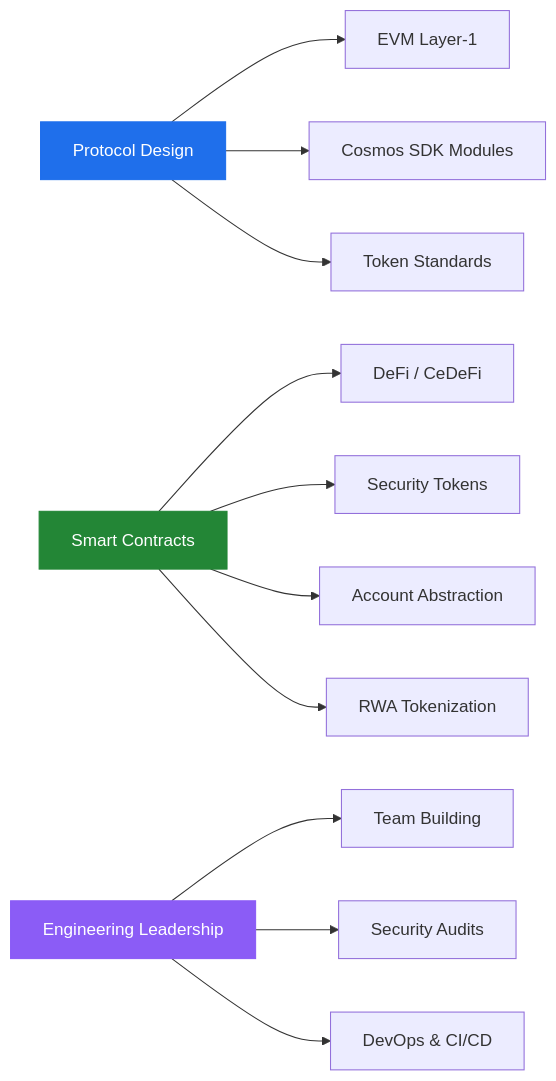
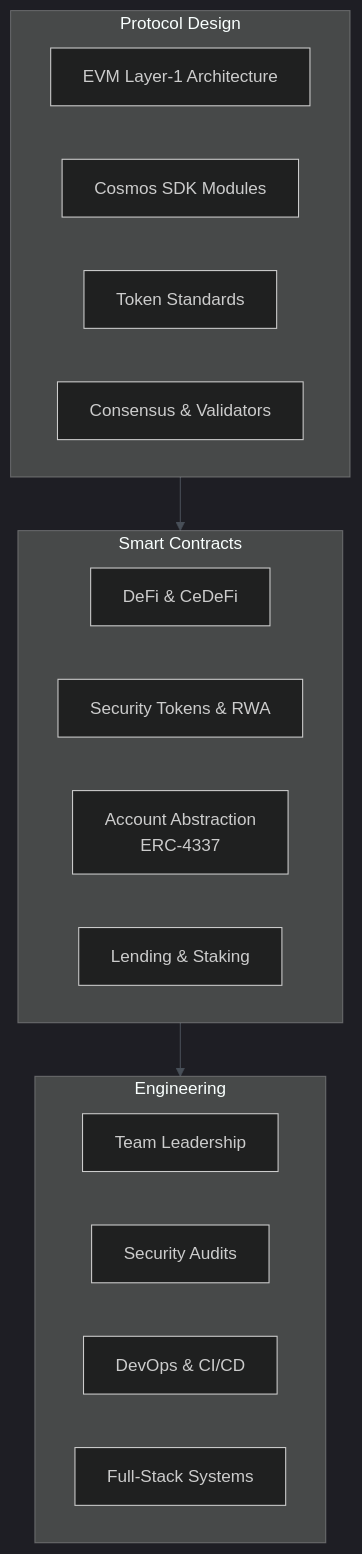
One commit to Aboudjem/aboudjem changed the diagram in README.md. Above: the diagram before and after it, drawn with Mermaid. The commit also changed other lines of this file and 3 other files, not shown here.

````diff
--- a/README.md
+++ b/README.md
@@ -105,19 +192,27 @@
 ```mermaid
-graph LR
-    A[Protocol Design] --> B[EVM Layer-1]
-    A --> C[Cosmos SDK Modules]
-    A --> D[Token Standards]
+%%{init: {'theme': 'dark', 'themeVariables': { 'primaryColor': '#1f6feb', 'primaryTextColor': '#fff', 'primaryBorderColor': '#30363d', 'lineColor': '#484f58', 'secondaryColor': '#238636', 'tertiaryColor': '#8b5cf6', 'fontFamily': 'JetBrains Mono, monospace'}}}%%
+graph TB
+    subgraph Protocol["Protocol Design"]
+        P1[EVM Layer-1 Architecture]
+        P2[Cosmos SDK Modules]
+        P3[Token Standards]
+        P4[Consensus & Validators]
+    end
 
-    E[Smart Contracts] --> F[DeFi / CeDeFi]
-    E --> G[Security Tokens]
-    E --> H[Account Abstraction]
-    E --> I[RWA Tokenization]
+    subgraph Smart["Smart Contracts"]
+        S1[DeFi & CeDeFi]
+        S2[Security Tokens & RWA]
+        S3[Account Abstraction<br/>ERC-4337]
+        S4[Lending & Staking]
+    end
 
-    J[Engineering Leadership] --> K[Team Building]
-    J --> L[Security Audits]
-    J --> M[DevOps & CI/CD]
+    subgraph Eng["Engineering"]
+        E1[Team Leadership]
+        E2[Security Audits]
+        E3[DevOps & CI/CD]
+        E4[Full-Stack Systems]
+    end
 
-    style A fill:#1f6feb,stroke:#1f6feb,color:#fff
-    style E fill:#238636,stroke:#238636,color:#fff
-    style J fill:#8b5cf6,stroke:#8b5cf6,color:#fff
+    Protocol --> Smart
+    Smart --> Eng
 ```
````
